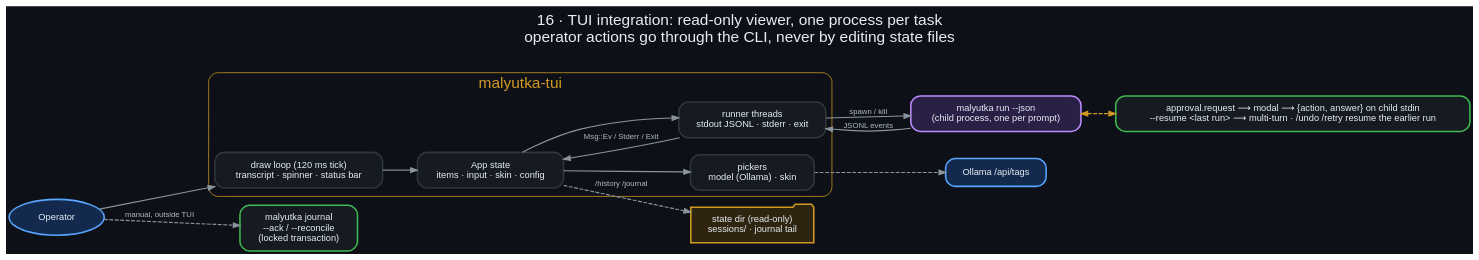
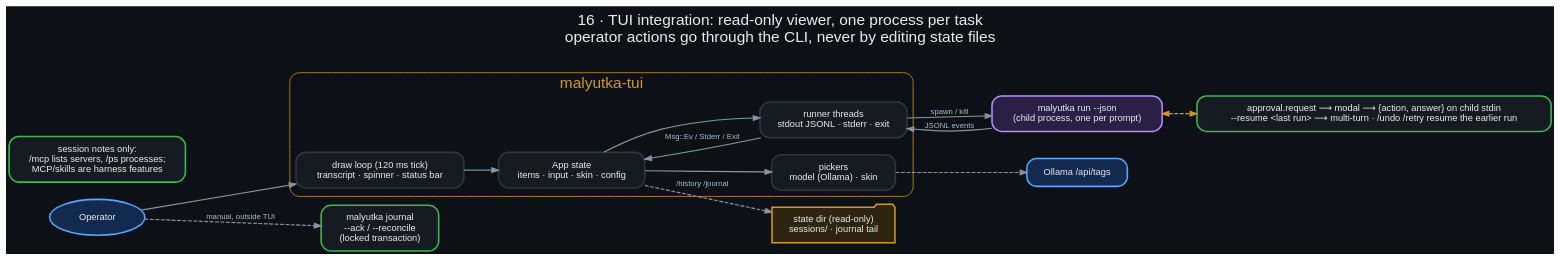
Before and after one commit to danindiana/malyutka: the diagram in docs/diagrams/16_tui_integration.dot, drawn with Graphviz. The commit also changed 49 other files, not shown here.

First line of the commit message:
feat: skills and an MCP stdio client (v0.8.0)

```diff
--- a/docs/diagrams/16_tui_integration.dot
+++ b/docs/diagrams/16_tui_integration.dot
@@ -1,24 +1,25 @@
 digraph tuiint {
     graph [bgcolor="#0d1117", fontname="Helvetica", fontcolor="#e6edf3", labelloc="t", fontsize=20, rankdir=LR,
            label="16 · TUI integration: read-only viewer, one process per task\noperator actions go through the CLI, never by editing state files\n ", nodesep=0.3, ranksep=0.6];
     node  [fontname="Helvetica", fontcolor="#e6edf3", color="#30363d", style="filled,rounded", shape=box, penwidth=2, margin="0.22,0.14", fillcolor="#161b22", fontsize=12];
     edge  [color="#8b949e", fontname="Helvetica", fontcolor="#adbac7", penwidth=1.5, arrowsize=0.85, fontsize=10];
 
     op [label="Operator", shape=oval, color="#58a6ff", fillcolor="#13294d"];
     subgraph cluster_t { label="malyutka-tui"; fontcolor="#d29922"; color="#d29922"; style="rounded";
       ui [label="draw loop (120 ms tick)\ntranscript · spinner · status bar"];
       app [label="App state\nitems · input · skin · config"];
       rn [label="runner threads\nstdout JSONL · stderr · exit"];
       pk [label="pickers\nmodel (Ollama) · skin"]; }
     cli [label="malyutka run --json\n(child process, one per prompt)", color="#bc8cff", fillcolor="#2a1f45"];
     ro [label="state dir (read-only)\nsessions/ · journal tail", shape=folder, color="#d29922", fillcolor="#2e2410"];
     opcmd [label="malyutka journal\n--ack / --reconcile\n(locked transaction)", color="#3fb950"];
+    mcpn [label="session notes only:\n/mcp lists servers, /ps processes;\nMCP/skills are harness features", color="#3fb950"];
     oll [label="Ollama /api/tags", color="#58a6ff", fillcolor="#13294d"];
     plan [label="approval.request ⟶ modal ⟶ {action, answer} on child stdin\n--resume <last run> ⟶ multi-turn · /undo /retry resume the earlier run", color="#3fb950"];
 
     op -> ui; ui -> app; app -> rn; rn -> cli [label="spawn / kill"]; cli -> rn [label="JSONL events"];
     rn -> app [label="Msg::Ev / Stderr / Exit"];
     pk -> oll [style=dashed]; app -> pk; app -> ro [style=dashed, label="/history /journal"];
     op -> opcmd [style=dashed, label="manual, outside TUI"];
     cli -> plan [style=dashed, dir=both, color="#d29922"];
 }
```
